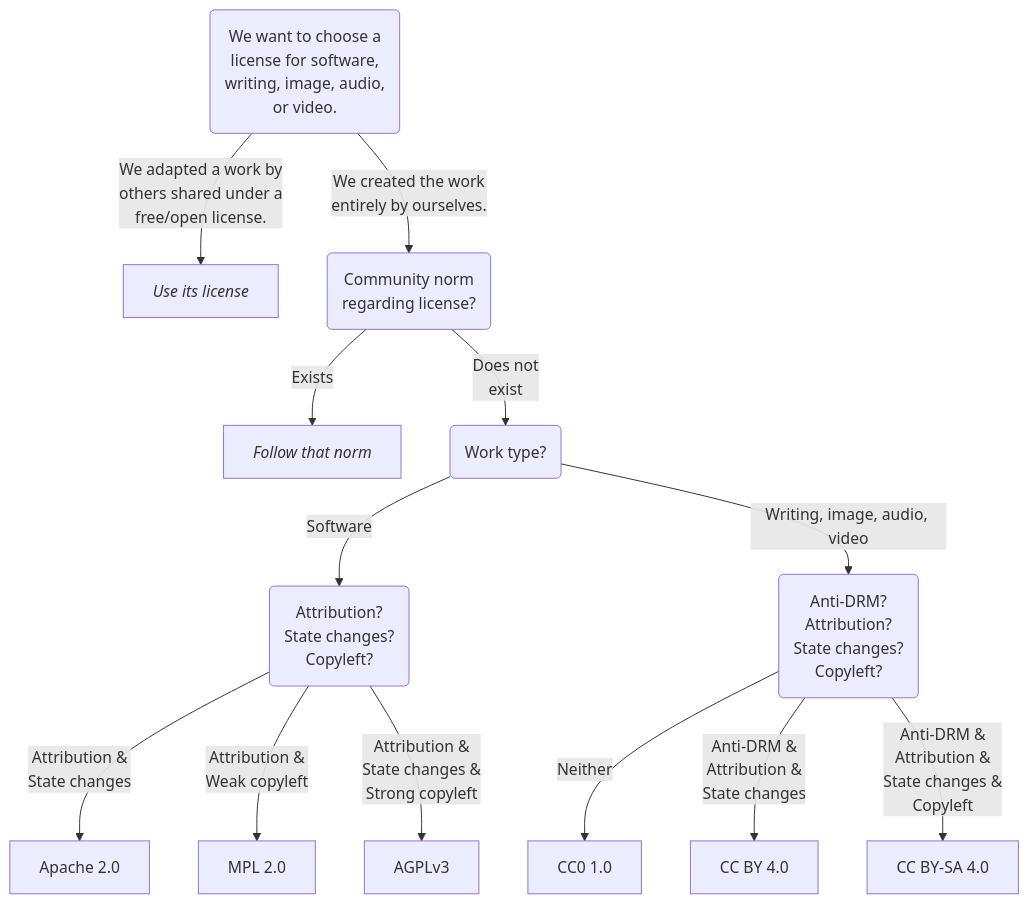
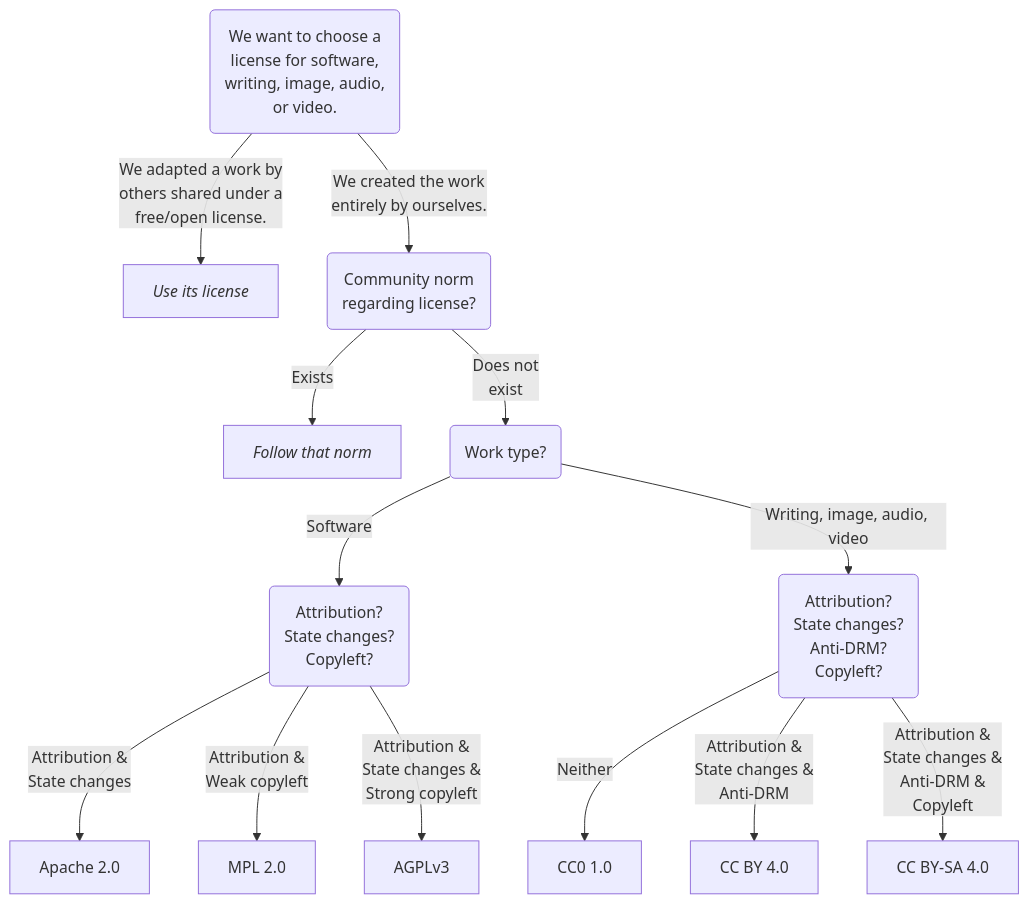
The second of 3 diagrams in choose_license.qmd (lmu-osc/code-publishing-short), drawn with Mermaid before and after one commit. The commit also changed other lines of this file, not shown here.

Commit message:
Make data flowchart more explicit

````diff
--- a/choose_license.qmd
+++ b/choose_license.qmd
@@ -304,26 +304,26 @@
 ```{mermaid}
 flowchart TB
   start("We want to choose a<br>license for software,<br>writing, image, audio,<br>or video.") --"We adapted a work by<br>others shared under a<br>free/open license."--> use_existing_license["<em>Use its license</em>"]
   start --"We created the work<br>entirely by ourselves."--> norm("Community norm<br>regarding license?")
   
   norm --"Exists"--> follow_existing_norms["<em>Follow that norm</em>"]
   norm --"Does not<br>exist"--> type("Work type?")
   
   type --"Software"--> code_sa("Attribution?<br>State changes?<br>Copyleft?")
-  type --"Writing, image, audio, video"--> nocode_cc("Anti-DRM?<br>Attribution?<br>State changes?<br>Copyleft?")
+  type --"Writing, image, audio, video"--> nocode_cc("Attribution?<br>State changes?<br>Anti-DRM?<br>Copyleft?")
   
   code_sa --"Attribution &<br>State changes"--> apache["Apache 2.0"]
   code_sa --"Attribution &<br>Weak copyleft"--> mpl["MPL 2.0"]
   code_sa --"Attribution &<br>State changes &<br>Strong copyleft"--> agpl["AGPLv3"]
   
   nocode_cc --"Neither"--> cc0["CC0 1.0"]
-  nocode_cc --"Anti-DRM &<br>Attribution &<br>State changes"--> cc_by["CC BY 4.0"]
-  nocode_cc --"Anti-DRM &<br>Attribution &<br>State changes &<br>Copyleft"--> cc_by_sa["CC BY-SA 4.0"]
+  nocode_cc --"Attribution &<br>State changes &<br>Anti-DRM"--> cc_by["CC BY 4.0"]
+  nocode_cc --"Attribution &<br>State changes &<br>Anti-DRM &<br>Copyleft"--> cc_by_sa["CC BY-SA 4.0"]
   
   click apache href "https://choosealicense.com/licenses/apache-2.0/"
   click mpl href "https://choosealicense.com/licenses/mpl-2.0/"
   click agpl href "https://choosealicense.com/licenses/agpl-3.0/"
   click cc0 href "https://creativecommons.org/publicdomain/zero/1.0/"
   click cc_by href "https://creativecommons.org/licenses/by/4.0/"
   click cc_by_sa href "https://creativecommons.org/licenses/by-sa/4.0/"
 ```
````
